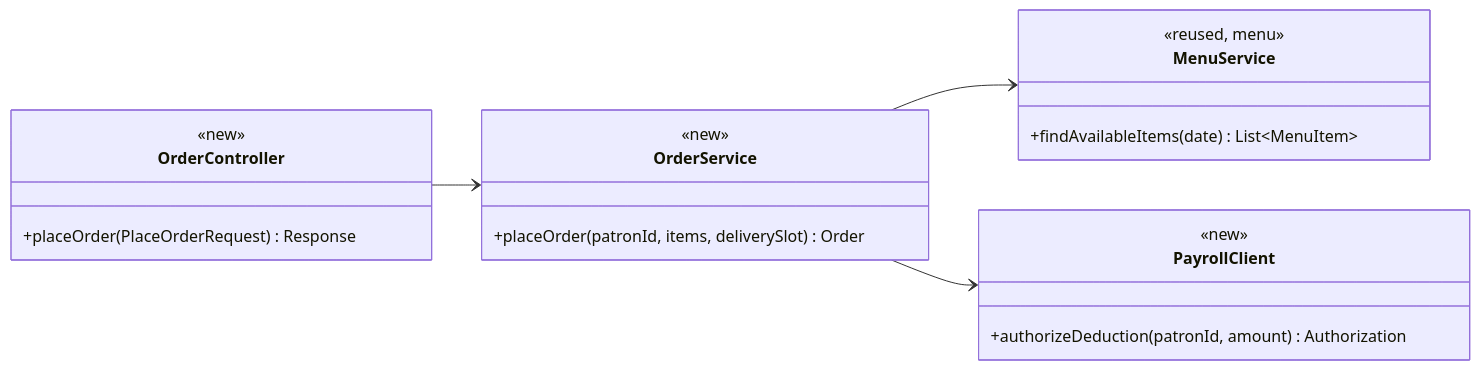
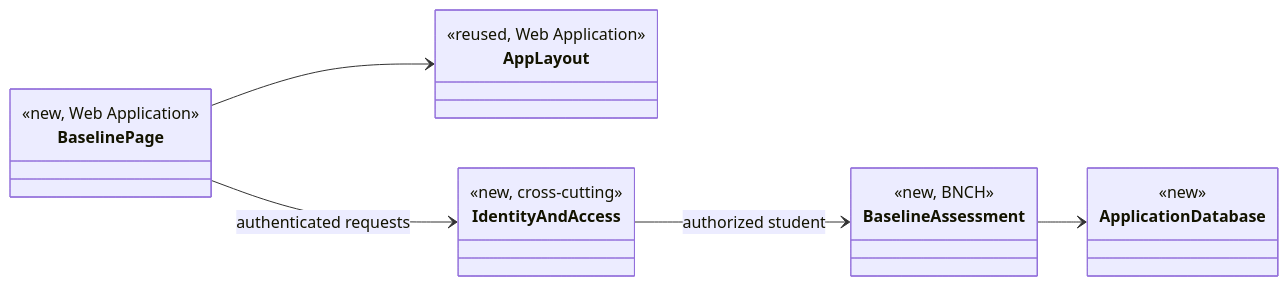
Before and after one commit to Boommage/Gen-Chem-MC: the first of 2 diagrams in docs/design/design-of-record.md, drawn with Mermaid. The commit also changed other lines of this file, not shown here.

First line of the commit message:
Create design-of-record for baseline assessment (#20)

````diff
--- a/docs/design/design-of-record.md
+++ b/docs/design/design-of-record.md
@@ -50,23 +48,23 @@
 ```mermaid
 classDiagram
     direction LR
-    class OrderController {
+    class BaselinePage {
+        <<new, Web Application>>
+    }
+    class AppLayout {
+        <<reused, Web Application>>
+    }
+    class IdentityAndAccess {
+        <<new, cross-cutting>>
+    }
+    class BaselineAssessment {
+        <<new, BNCH>>
+    }
+    class ApplicationDatabase {
         <<new>>
-        +placeOrder(PlaceOrderRequest) Response
     }
-    class OrderService {
-        <<new>>
-        +placeOrder(patronId, items, deliverySlot) Order
-    }
-    class PayrollClient {
-        <<new>>
-        +authorizeDeduction(patronId, amount) Authorization
-    }
-    class MenuService {
-        <<reused, menu>>
-        +findAvailableItems(date) List~MenuItem~
-    }
-    OrderController --> OrderService
-    OrderService --> MenuService
-    OrderService --> PayrollClient
+    BaselinePage --> AppLayout
+    BaselinePage --> IdentityAndAccess : authenticated requests
+    IdentityAndAccess --> BaselineAssessment : authorized student
+    BaselineAssessment --> ApplicationDatabase
 ```
````
